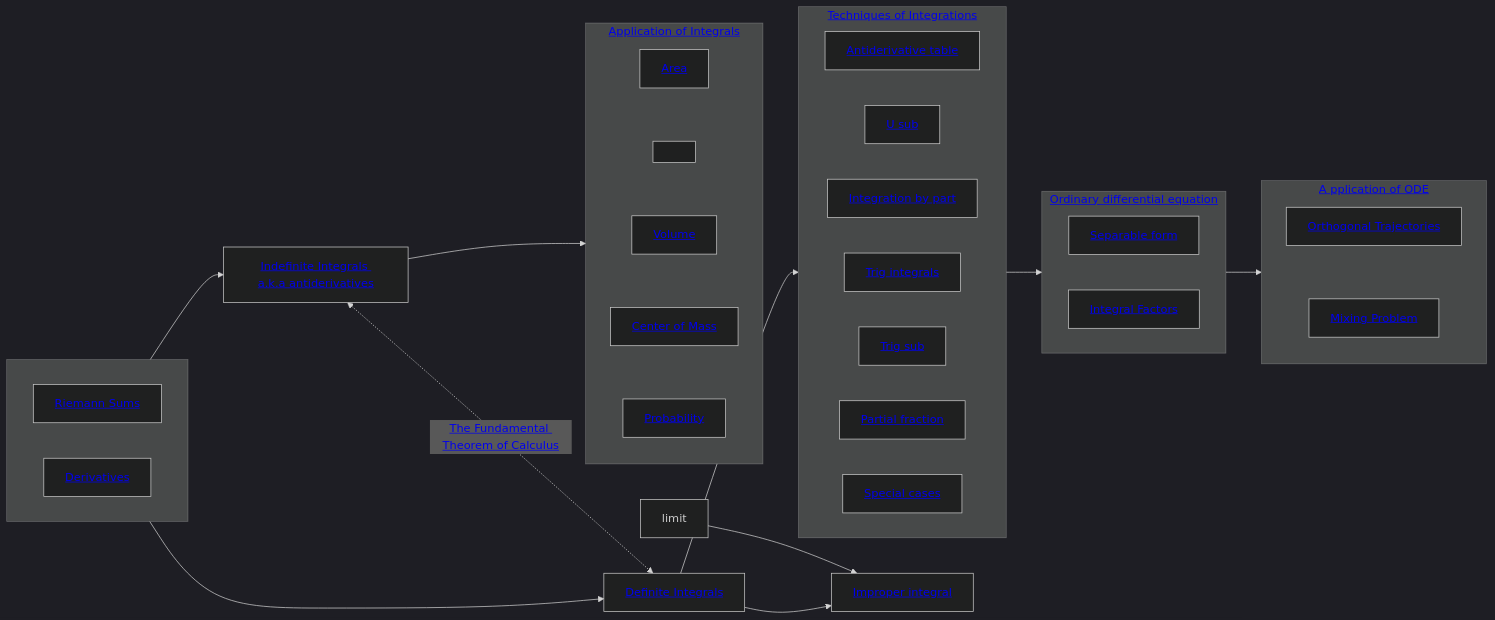
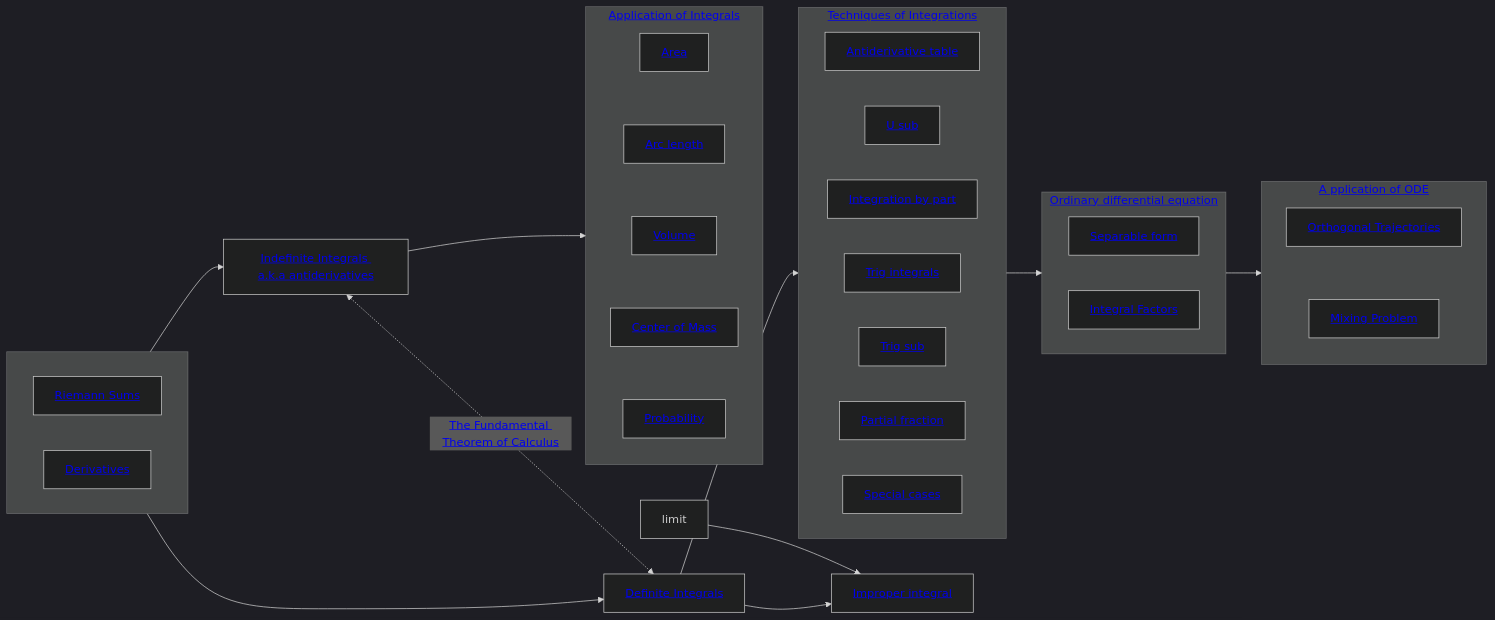
The diagram in _posts/2023-12-11-Calculus-2-overview.md (junwenwaynepeng/junwenwaynepeng.github.io), drawn with Mermaid (dark theme) before and after one commit.

````diff
--- a/_posts/2023-12-11-Calculus-2-overview.md
+++ b/_posts/2023-12-11-Calculus-2-overview.md
@@ -12,62 +12,62 @@
 ```mermaid
 %%{init: {"flowchart":{"useMaxWidth": 0}}}%%
 flowchart LR;
 RiemannSum[<a href='../books/calculus/4-definite-and-indefinite-integrals/#riemann-sum'>Riemann Sums</a>];
 Derivative[<a href='#'>Derivatives</a>];
 Limit["limit"];
 IndefiniteIntegral[<a href='../books/calculus/4-definite-and-indefinite-integrals/#definition-of-indefinite-integral-aka-antiderivatives'>Indefinite Integrals a.k.a antiderivatives</a>];
 DefiniteIntegral[<a href='../books/calculus/4-definite-and-indefinite-integrals/#definition-of-indefinite-integral'>Definite Integrals</a>];
 ImproperIntegral[<a href='../books/calculus/7-improper-integrals/'>Improper integral</a>];
 AntiderivativeTable[<a href='../books/calculus/5-techs-of-integration/#antiderivative-table'>Antiderivative table</a>];
 USub[<a href='../books/calculus/5-techs-of-integration/#the-substitution-rule'>U sub</a>];
 IBP[<a href='../books/calculus/5-techs-of-integration/#integration-by-part'>Integration by part</a>];
 TrigIntegral[<a href='../books/calculus/5-techs-of-integration/#trig-integrals'>Trig integrals</a>];
 TrigSub[<a href='../books/calculus/5-techs-of-integration/#trigonometric-substitution'>Trig sub</a>];
 PF[<a href='../books/calculus/5-techs-of-integration/#partial-fraction'>Partial fraction</a>];
 SC[<a href='../books/calculus/5-techs-of-integration/#special-cases'>Special cases</a>];
 Area[<a href='../books/calculus/6-1-geometric-applications-of-integration/#area'>Area</a>];
-ArcLength[<a href='../books/calculus/6-1-geometric-applications-of-integration/#arc-length>Arc length</a>];
+ArcLength[<a href='../books/calculus/6-1-geometric-applications-of-integration/#arc-length'>Arc length</a>];
 Volume[<a href='../books/calculus/6-1-geometric-applications-of-integration/#volume-of-a-solid'>Volume</a>];
 CenterOfMass[<a href='../books/calculus/6-1-geometric-applications-of-integration/#center-of-mass'>Center of Mass</a>];
 Probability[<a href='../books/calculus/6-2-probability/'>Probability</a>];
 SeparableForm[<a href='../books/calculus/8-1-how-to-solve-order-1-odes/#separable-form'>Separable form</a>];
 Order1DiffEq[<a href='../books/calculus/8-1-how-to-solve-order-1-odes/#integral-factor-non-separable-form'>Integral Factors</a>];
 OrthTraj[<a href='../8-2-applications-of-odes/#orthogonal-trajectories'>Orthogonal Trajectories</a>]
 MixingProblem[<a href='../books/calculus/8-2-applications-of-odes/#mixing-problem'>Mixing Problem</a>]
 subgraph TechOfIntegration [<a href='../books/calculus/5-tech-of-integration'>Techniques of Integrations</a>];
     direction LR;
     AntiderivativeTable;
     USub;
     IBP;
     TrigIntegral;
     TrigSub;
     PF;
     SC;
 end;
 subgraph AppOfIntegral [<a href='../books/calculus/6-applications-of-integration'>Application of Integrals</a>];
     direction TB;
     Area~~~ArcLength~~~Volume~~~CenterOfMass~~~Probability;
 end;
 subgraph ODE [<a href='../books/calculus/8-ordinary-differential-equations/'>Ordinary differential equation</a>];
     direction LR;
     SeparableForm;
     Order1DiffEq;
 end;
 subgraph AppOfODE [<a href='../books/calculus/8-2-applications-of-odes'>A pplication of ODE</a>];
     direction TB;
     OrthTraj~~~MixingProblem;
 end;
 subgraph align[" "];
     direction LR;
     Derivative;
     RiemannSum;
 end;
 Limit & DefiniteIntegral-->ImproperIntegral;
 RiemannSum-->DefiniteIntegral;
 Derivative-->IndefiniteIntegral;
 IndefiniteIntegral<-.->|<a href='../books/calculus/4-1-the-fundamental-theorem-of-calculus/'>The Fundamental Theorem of Calculus</a>|DefiniteIntegral;
 IndefiniteIntegral-->AppOfIntegral;
 DefiniteIntegral-->TechOfIntegration;
 TechOfIntegration-->ODE-->AppOfODE;
 
 ```
````
